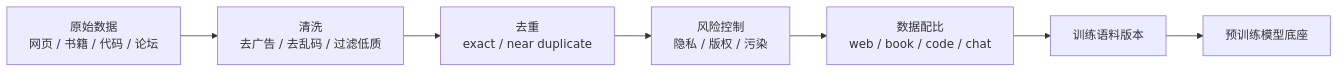
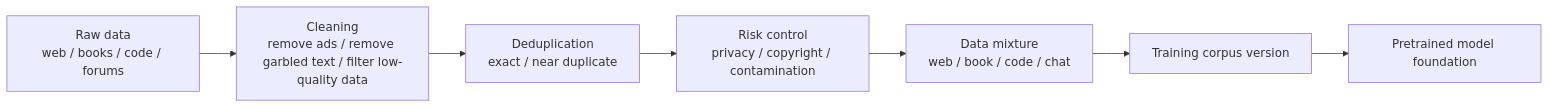
One commit to oudbiao/AI-fullstack-course changed the diagram in docs/ch07-llm-principles/ch04-pretraining/01-pretraining-data.md. Above: the diagram before and after it, drawn with Mermaid. The commit also changed other lines of this file and 1406 other files, not shown here.

````diff
--- a/docs/ch07-llm-principles/ch04-pretraining/01-pretraining-data.md
+++ b/docs/ch07-llm-principles/ch04-pretraining/01-pretraining-data.md
@@ -130,9 +131,9 @@
 ```mermaid
 flowchart LR
-    A["原始数据<br/>网页 / 书籍 / 代码 / 论坛"] --> B["清洗<br/>去广告 / 去乱码 / 过滤低质"]
-    B --> C["去重<br/>exact / near duplicate"]
-    C --> D["风险控制<br/>隐私 / 版权 / 污染"]
-    D --> E["数据配比<br/>web / book / code / chat"]
-    E --> F["训练语料版本"]
-    F --> G["预训练模型底座"]
+    A["Raw data<br/>web / books / code / forums"] --> B["Cleaning<br/>remove ads / remove garbled text / filter low-quality data"]
+    B --> C["Deduplication<br/>exact / near duplicate"]
+    C --> D["Risk control<br/>privacy / copyright / contamination"]
+    D --> E["Data mixture<br/>web / book / code / chat"]
+    E --> F["Training corpus version"]
+    F --> G["Pretrained model foundation"]
 ```
````
